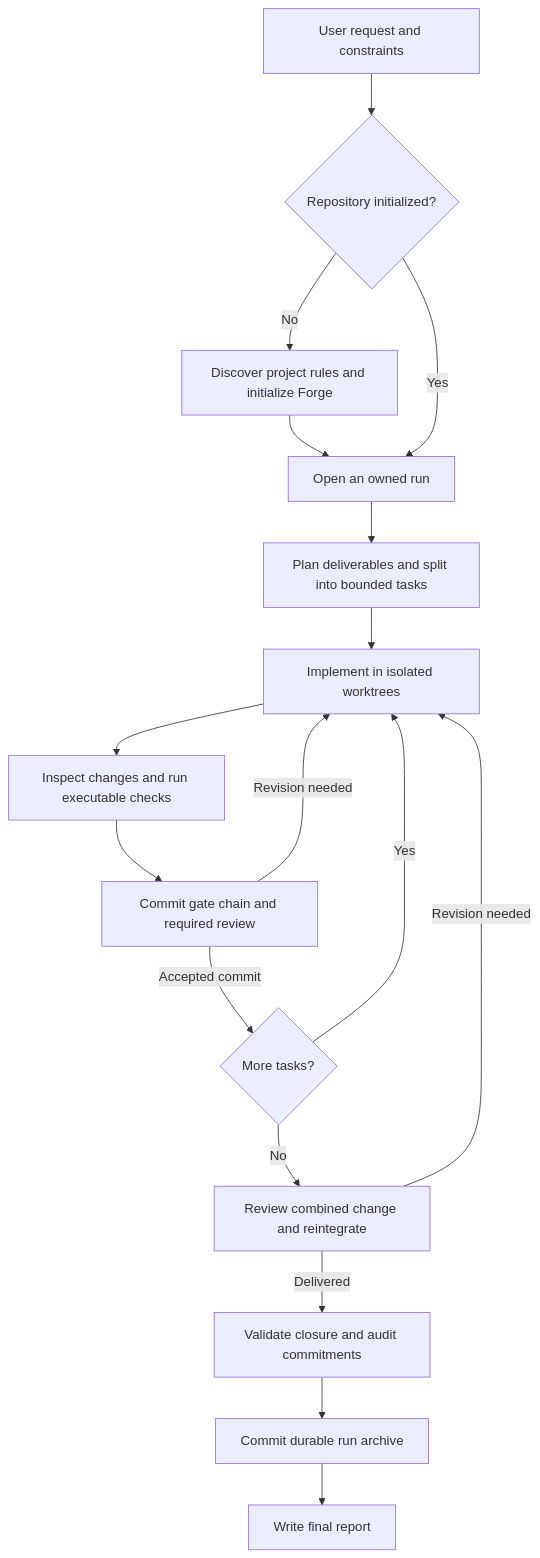
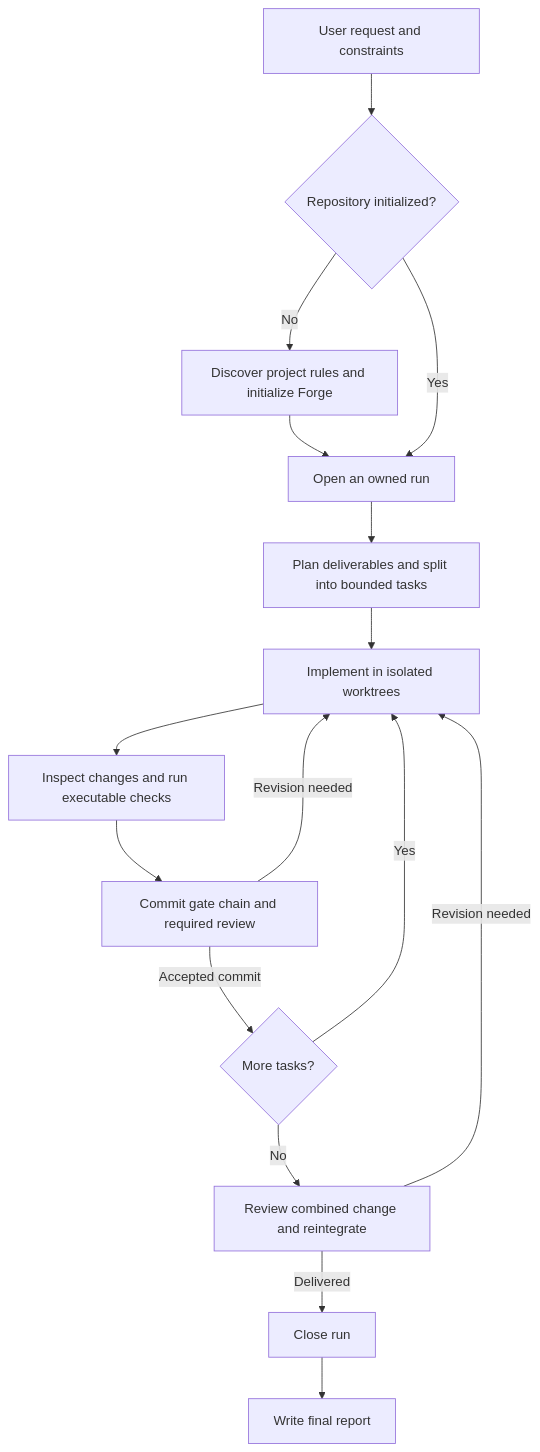
One commit to nixlim/forge-plugin changed the first of 6 diagrams in OPERATIONS.md. Above: the diagram before and after it, drawn with Mermaid. The commit also changed other lines of this file and 28 other files, not shown here.

````diff
--- a/OPERATIONS.md
+++ b/OPERATIONS.md
@@ -23,19 +23,18 @@
 ```mermaid
 flowchart TD
     Request["User request and constraints"] --> Setup{"Repository initialized?"}
     Setup -->|No| Init["Discover project rules and initialize Forge"]
     Init --> Open["Open an owned run"]
     Setup -->|Yes| Open
     Open --> Plan["Plan deliverables and split into bounded tasks"]
     Plan --> Work["Implement in isolated worktrees"]
     Work --> Verify["Inspect changes and run executable checks"]
     Verify --> Commit["Commit gate chain and required review"]
     Commit -->|Revision needed| Work
     Commit -->|Accepted commit| More{"More tasks?"}
     More -->|Yes| Work
     More -->|No| Merge["Review combined change and reintegrate"]
     Merge -->|Revision needed| Work
-    Merge -->|Delivered| Close["Validate closure and audit commitments"]
-    Close --> Archive["Commit durable run archive"]
-    Archive --> Report["Write final report"]
+    Merge -->|Delivered| Close["Close run"]
+    Close --> Report["Write final report"]
 ```
````
